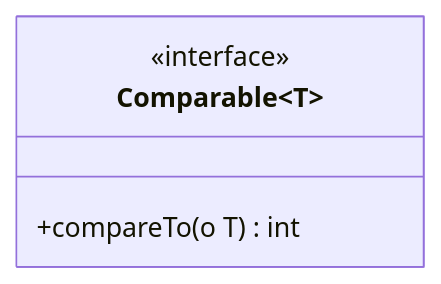
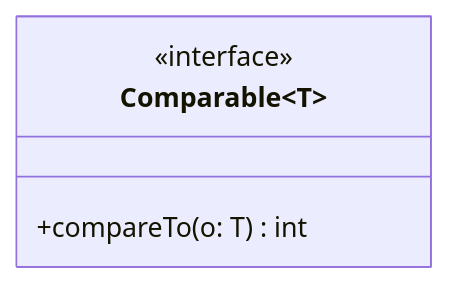
The fourth of 11 diagrams in docs/documentation/uml/class-diagrams.mdx (jappuccini/java-docs), drawn with Mermaid before and after one commit. The commit also changed other lines of this file and 76 other files, not shown here.

Commit message:
uml fixes (colons, properties), headline fixes (italic) and exam result updates

````diff
--- a/docs/documentation/uml/class-diagrams.mdx
+++ b/docs/documentation/uml/class-diagrams.mdx
@@ -88,7 +116,7 @@
 ```mermaid
 classDiagram
     class Comparable~T~ {
         <<interface>>
-        +compareTo(o T) int
+        +compareTo(o: T) int
     }
 ```
````
